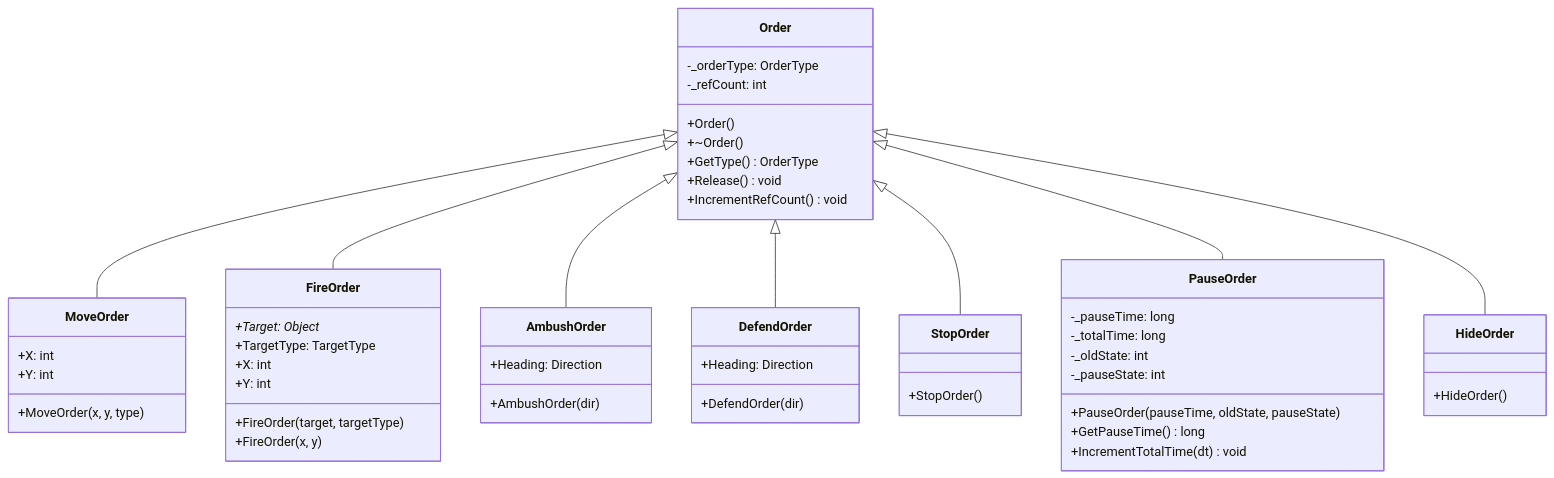
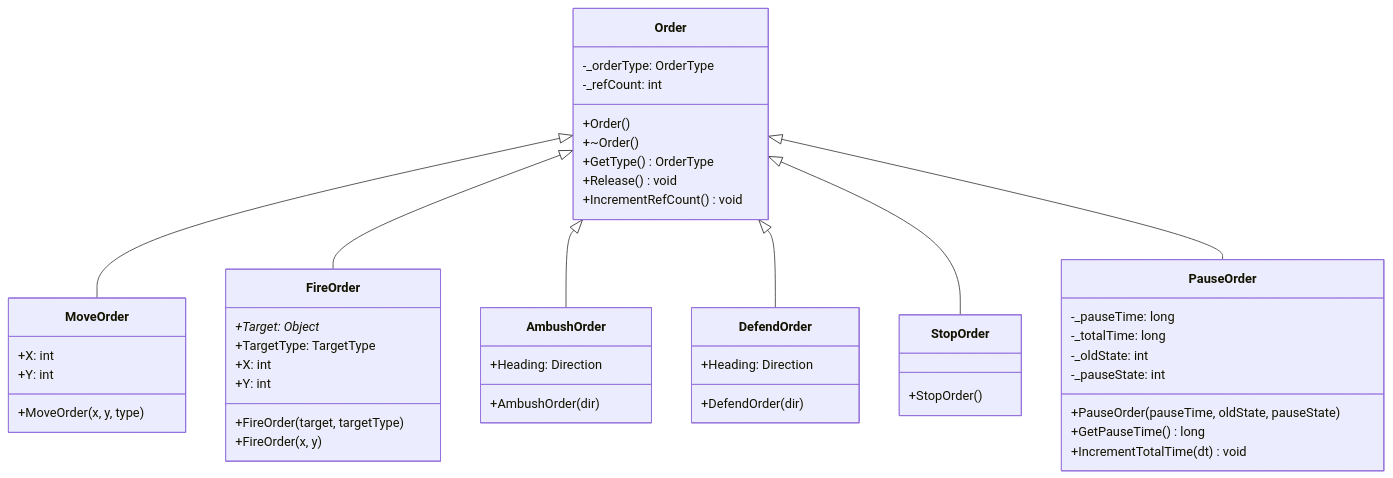
Before and after one commit to jukofyork/OpenCombat-SDL: the third of 5 diagrams in docs/chapters/04-orders-pathfinding.md, drawn with Mermaid. The commit also changed other lines of this file and 11 other files, not shown here.

````diff
--- a/docs/chapters/04-orders-pathfinding.md
+++ b/docs/chapters/04-orders-pathfinding.md
@@ -476,63 +479,58 @@
 ```mermaid
 classDiagram
     class Order {
         +Order()
         +~Order()
         +GetType() OrderType
         +Release() void
         +IncrementRefCount() void
         -_orderType: OrderType
         -_refCount: int
     }
     
     class MoveOrder {
         +MoveOrder(x, y, type)
         +X: int
         +Y: int
     }
     
     class FireOrder {
         +FireOrder(target, targetType)
         +FireOrder(x, y)
         +Target: Object*
         +TargetType: TargetType
         +X: int
         +Y: int
     }
     
     class AmbushOrder {
         +AmbushOrder(dir)
         +Heading: Direction
     }
     
     class DefendOrder {
         +DefendOrder(dir)
         +Heading: Direction
     }
     
     class StopOrder {
         +StopOrder()
     }
     
     class PauseOrder {
         +PauseOrder(pauseTime, oldState, pauseState)
         +GetPauseTime() long
         +IncrementTotalTime(dt) void
         -_pauseTime: long
         -_totalTime: long
         -_oldState: int
         -_pauseState: int
     }
     
-    class HideOrder {
-        +HideOrder()
-    }
-    
     Order <|-- MoveOrder
     Order <|-- FireOrder
     Order <|-- AmbushOrder
     Order <|-- DefendOrder
     Order <|-- StopOrder
     Order <|-- PauseOrder
-    Order <|-- HideOrder
 ```
````
